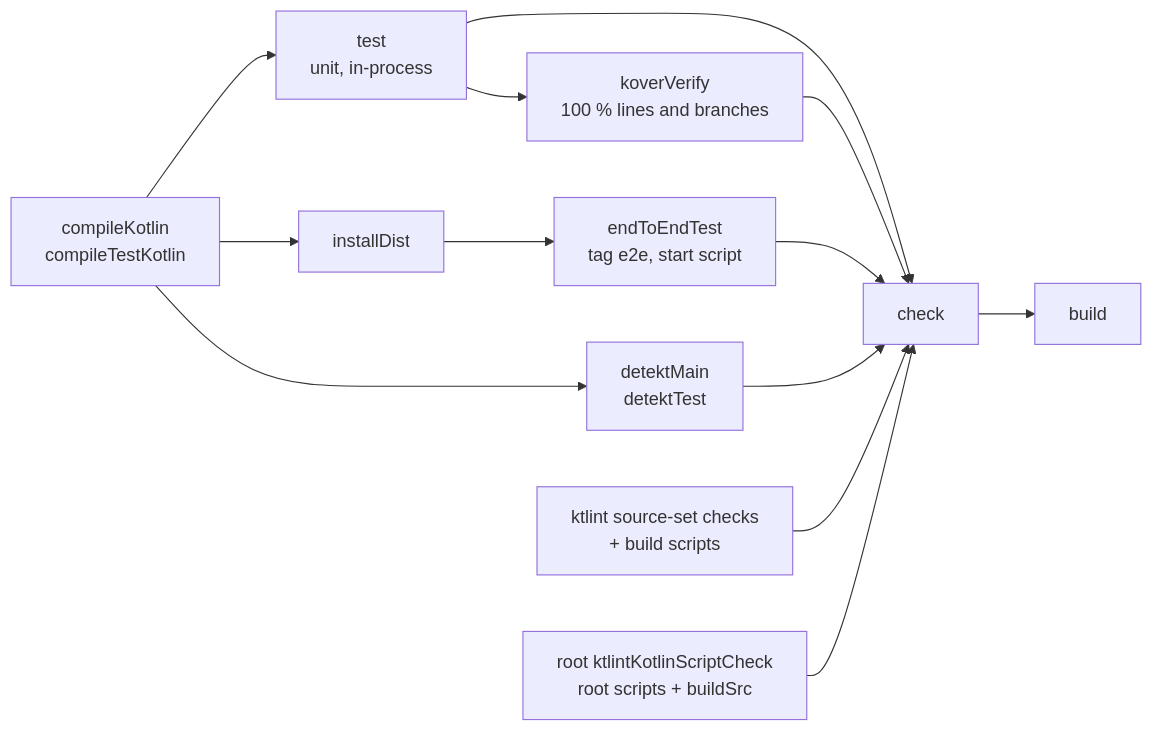
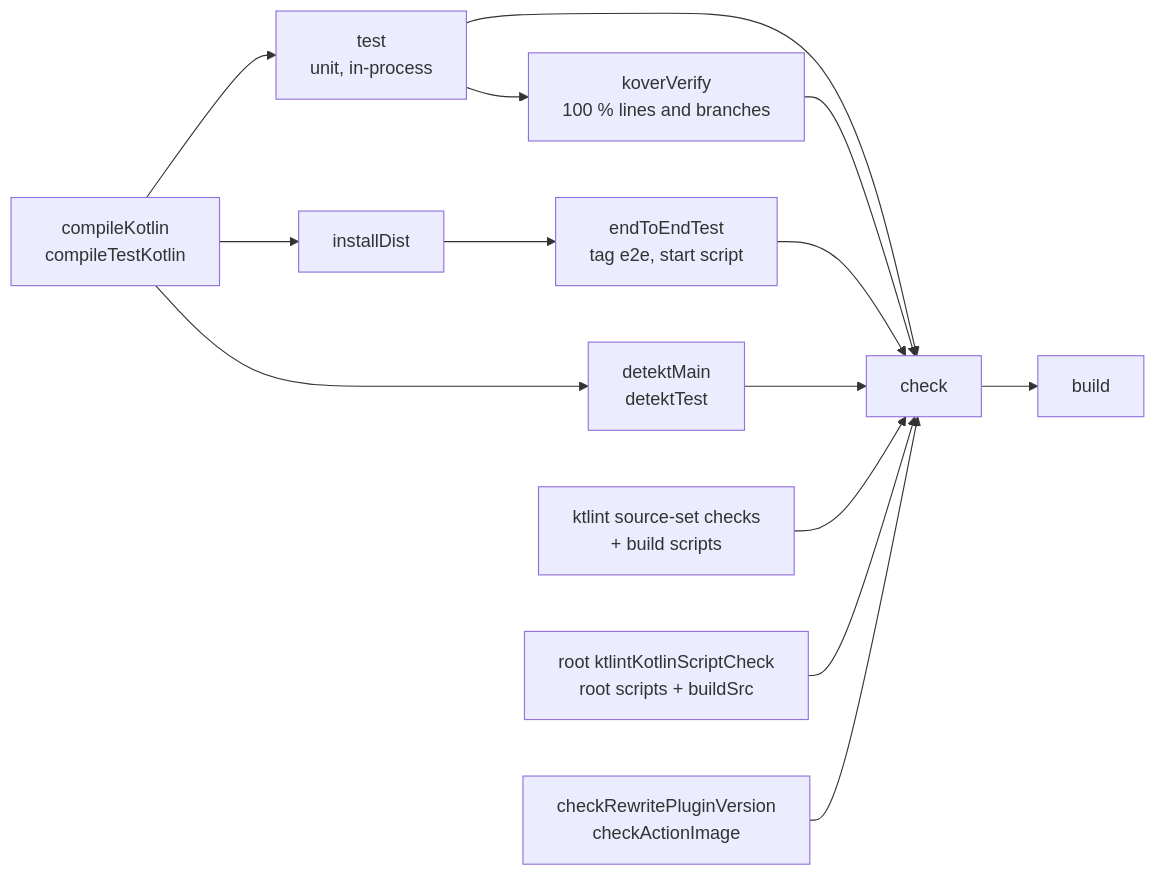
Before and after one commit to danvan86/lector-ai: the third of 6 diagrams in docs/architecture/project-skeleton.md, drawn with Mermaid. The commit also changed other lines of this file and 7 other files, not shown here.

First line of the commit message:
docs: document the PR pipeline, and bring the architecture docs up to M5

````diff
--- a/docs/architecture/project-skeleton.md
+++ b/docs/architecture/project-skeleton.md
@@ -81,16 +88,18 @@
 ```mermaid
 flowchart LR
     compile["compileKotlin<br/>compileTestKotlin"] --> test["test<br/>unit, in-process"]
     test --> kover["koverVerify<br/>100 % lines and branches"]
     compile --> install["installDist"] --> e2e["endToEndTest<br/>tag e2e, start script"]
     compile --> detekt["detektMain<br/>detektTest"]
     ktlint["ktlint source-set checks<br/>+ build scripts"]
     rootKtlint["root ktlintKotlinScriptCheck<br/>root scripts + buildSrc"]
+    versions["checkRewritePluginVersion<br/>checkActionImage"]
     test --> check
     kover --> check
     e2e --> check
     detekt --> check
     ktlint --> check
     rootKtlint --> check
+    versions --> check
     check --> build["build"]
 ```
````
